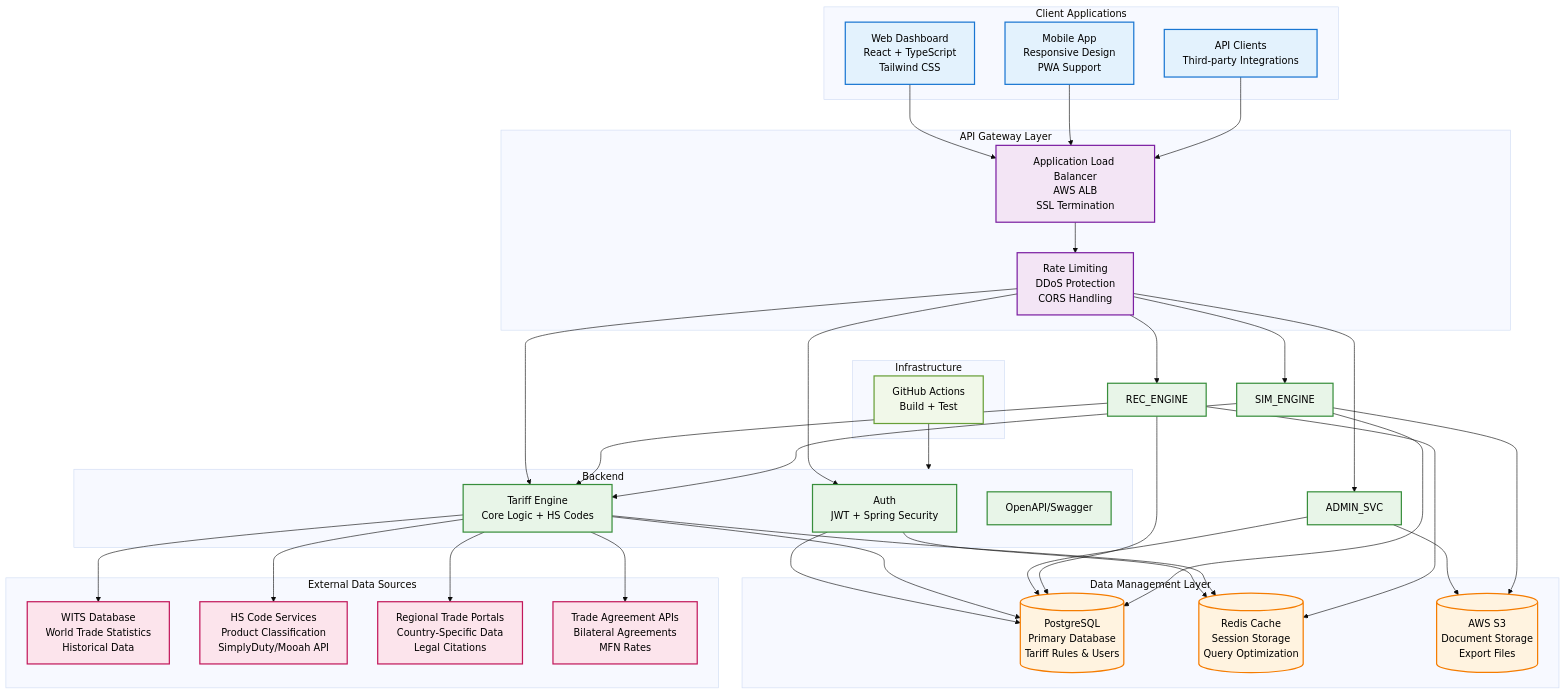
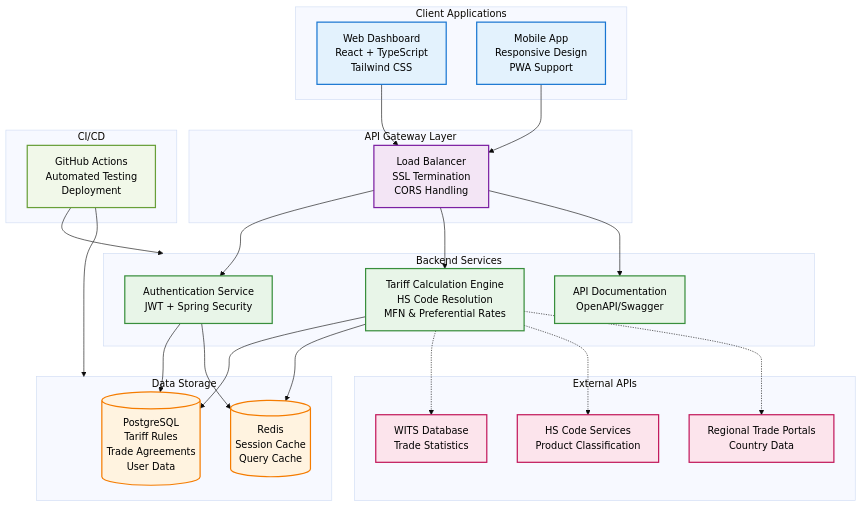
Before and after one commit to SaaiAravindhRaja/TariffSheriff: the first of 2 diagrams in README.md, drawn with Mermaid (base theme). The commit also changed other lines of this file, not shown here.

Commit message:
update feature enhancements, and improve architecture diagram

````diff
--- a/README.md
+++ b/README.md
@@ -79,82 +79,58 @@
     subgraph CLIENT["Client Applications"]
         WEB["Web Dashboard<br/>React + TypeScript<br/>Tailwind CSS"]
         MOBILE["Mobile App<br/>Responsive Design<br/>PWA Support"]
-        API_CLIENT["API Clients<br/>Third-party Integrations"]
     end
 
     %% Load Balancer & Gateway
     subgraph GATEWAY["API Gateway Layer"]
-        ALB["Application Load Balancer<br/>AWS ALB<br/>SSL Termination"]
-        RATE_LIMIT["Rate Limiting<br/>DDoS Protection<br/>CORS Handling"]
+        ALB["Load Balancer<br/>SSL Termination<br/>CORS Handling"]
     end
 
     %% Core Application Services
-    subgraph BACKEND["Backend"]
-        AUTH_SVC["Auth<br/>JWT + Spring Security"]
-        CALC_ENGINE["Tariff Engine<br/>Core Logic + HS Codes"]
-        SWAGGER_UI["OpenAPI/Swagger"]
+    subgraph BACKEND["Backend Services"]
+        AUTH_SVC["Authentication Service<br/>JWT + Spring Security"]
+        CALC_ENGINE["Tariff Calculation Engine<br/>HS Code Resolution<br/>MFN & Preferential Rates"]
+        API_DOCS["API Documentation<br/>OpenAPI/Swagger"]
     end
 
     %% Data Storage Layer
-    subgraph DATA_LAYER["Data Management Layer"]
-        PRIMARY_DB[("PostgreSQL<br/>Primary Database<br/>Tariff Rules & Users")]
-        
-        CACHE_LAYER[("Redis Cache<br/>Session Storage<br/>Query Optimization")]
-        
-        FILE_STORAGE[("AWS S3<br/>Document Storage<br/>Export Files")]
+    subgraph DATA_LAYER["Data Storage"]
+        PRIMARY_DB[("PostgreSQL<br/>Tariff Rules<br/>Trade Agreements<br/>User Data")]
+        CACHE_LAYER[("Redis<br/>Session Cache<br/>Query Cache")]
     end
 
     %% External Data Sources
-    subgraph EXTERNAL["External Data Sources"]
-        WITS_API["WITS Database<br/>World Trade Statistics<br/>Historical Data"]
-        
-        HS_CODE_API["HS Code Services<br/>Product Classification<br/>SimplyDuty/Mooah API"]
-        
-        REGIONAL_API["Regional Trade Portals<br/>Country-Specific Data<br/>Legal Citations"]
-        
-        TRADE_AGREEMENTS["Trade Agreement APIs<br/>Bilateral Agreements<br/>MFN Rates"]
+    subgraph EXTERNAL["External APIs"]
+        WITS_API["WITS Database<br/>Trade Statistics"]
+        HS_CODE_API["HS Code Services<br/>Product Classification"]
+        REGIONAL_API["Regional Trade Portals<br/>Country Data"]
     end
 
     %% Infrastructure & DevOps
-    subgraph INFRA["Infrastructure"]
-        CICD["GitHub Actions<br/>Build + Test"]
+    subgraph INFRA["CI/CD"]
+        CICD["GitHub Actions<br/>Automated Testing<br/>Deployment"]
     end
 
     %% Data Flow Connections
     WEB --> ALB
     MOBILE --> ALB
-    API_CLIENT --> ALB
-    
-    ALB --> RATE_LIMIT
-    RATE_LIMIT --> AUTH_SVC
-    RATE_LIMIT --> CALC_ENGINE
-    RATE_LIMIT --> ADMIN_SVC
-    RATE_LIMIT --> REC_ENGINE
-    RATE_LIMIT --> SIM_ENGINE
-    
+
+    ALB --> AUTH_SVC
+    ALB --> CALC_ENGINE
+    ALB --> API_DOCS
+
     AUTH_SVC --> PRIMARY_DB
     AUTH_SVC --> CACHE_LAYER
-    
+
     CALC_ENGINE --> PRIMARY_DB
     CALC_ENGINE --> CACHE_LAYER
-    CALC_ENGINE --> WITS_API
-    CALC_ENGINE --> HS_CODE_API
-    CALC_ENGINE --> REGIONAL_API
-    CALC_ENGINE --> TRADE_AGREEMENTS
-    
-    ADMIN_SVC --> PRIMARY_DB
-    ADMIN_SVC --> FILE_STORAGE
-    
-    REC_ENGINE --> PRIMARY_DB
-    REC_ENGINE --> CACHE_LAYER
-    REC_ENGINE --> CALC_ENGINE
-    
-    SIM_ENGINE --> PRIMARY_DB
-    SIM_ENGINE --> CALC_ENGINE
-    SIM_ENGINE --> FILE_STORAGE
-    
+    CALC_ENGINE -.-> WITS_API
+    CALC_ENGINE -.-> HS_CODE_API
+    CALC_ENGINE -.-> REGIONAL_API
+
     CICD --> BACKEND
-    
+    CICD --> DATA_LAYER
+
     %% Styling
     classDef clientStyle fill:#e3f2fd,stroke:#1976d2,stroke-width:2px,color:#000
     classDef gatewayStyle fill:#f3e5f5,stroke:#7b1fa2,stroke-width:2px,color:#000
@@ -162,11 +138,11 @@
     classDef dataStyle fill:#fff3e0,stroke:#f57c00,stroke-width:2px,color:#000
     classDef externalStyle fill:#fce4ec,stroke:#c2185b,stroke-width:2px,color:#000
     classDef infraStyle fill:#f1f8e9,stroke:#689f38,stroke-width:2px,color:#000
-    
-    class WEB,MOBILE,API_CLIENT clientStyle
-    class ALB,RATE_LIMIT gatewayStyle
-    class AUTH_SVC,CALC_ENGINE,ADMIN_SVC,REC_ENGINE,SIM_ENGINE,SWAGGER_UI backendStyle
-    class PRIMARY_DB,CACHE_LAYER,FILE_STORAGE dataStyle
-    class WITS_API,HS_CODE_API,REGIONAL_API,TRADE_AGREEMENTS externalStyle
-    class CONTAINER_REGISTRY,ORCHESTRATION,MONITORING,CICD infraStyle
+
+    class WEB,MOBILE clientStyle
+    class ALB gatewayStyle
+    class AUTH_SVC,CALC_ENGINE,API_DOCS backendStyle
+    class PRIMARY_DB,CACHE_LAYER dataStyle
+    class WITS_API,HS_CODE_API,REGIONAL_API externalStyle
+    class CICD infraStyle
 ```
````
